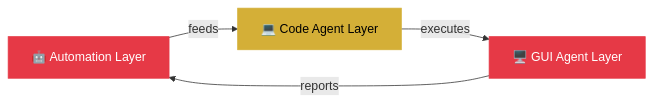
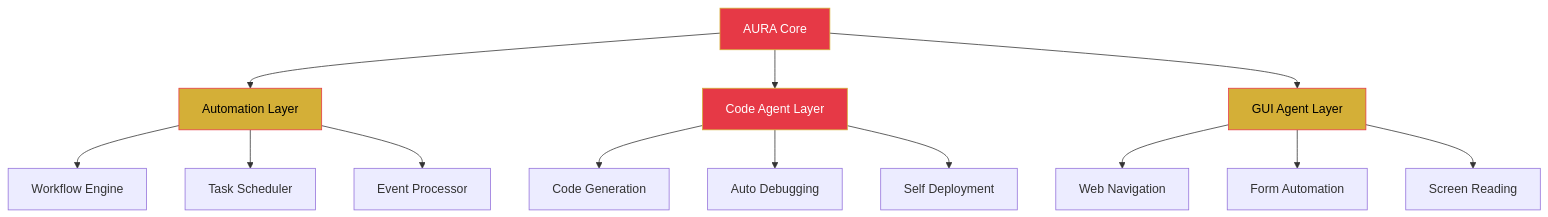
The diagram in README.md (emonhmamun/emonhmamun), drawn with Mermaid before and after one commit. The commit also changed other lines of this file, not shown here.

Commit message:
🚀 Ultra-premium README.md with AURA architecture, Mermaid diagrams, and interactive elements

````diff
--- a/README.md
+++ b/README.md
@@ -66,9 +68,19 @@
 ```mermaid
-graph LR
-    A[🤖 Automation Layer] -->|feeds| B[💻 Code Agent Layer]
-    B -->|executes| C[🖥️ GUI Agent Layer]
-    C -->|reports| A
-    style A fill:#E63946,stroke:#E63946,color:#fff
-    style B fill:#D4AF37,stroke:#D4AF37,color:#000
-    style C fill:#E63946,stroke:#E63946,color:#fff
+graph TD
+    A[AURA Core] --> B[Automation Layer]
+    A --> C[Code Agent Layer]
+    A --> D[GUI Agent Layer]
+    B --> E[Workflow Engine]
+    B --> F[Task Scheduler]
+    B --> G[Event Processor]
+    C --> H[Code Generation]
+    C --> I[Auto Debugging]
+    C --> J[Self Deployment]
+    D --> K[Web Navigation]
+    D --> L[Form Automation]
+    D --> M[Screen Reading]
+    style A fill:#E63946,stroke:#D4AF37,color:#fff
+    style B fill:#D4AF37,stroke:#E63946,color:#000
+    style C fill:#E63946,stroke:#D4AF37,color:#fff
+    style D fill:#D4AF37,stroke:#E63946,color:#000
 ```
````
